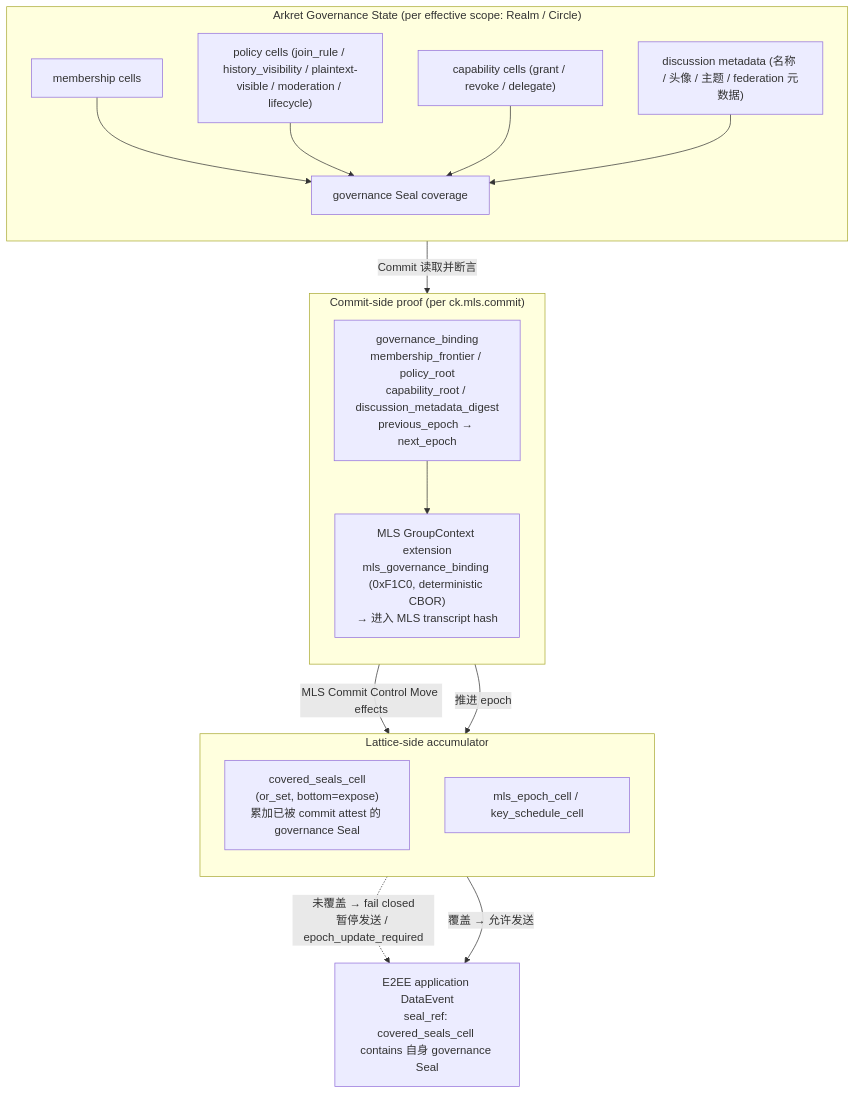
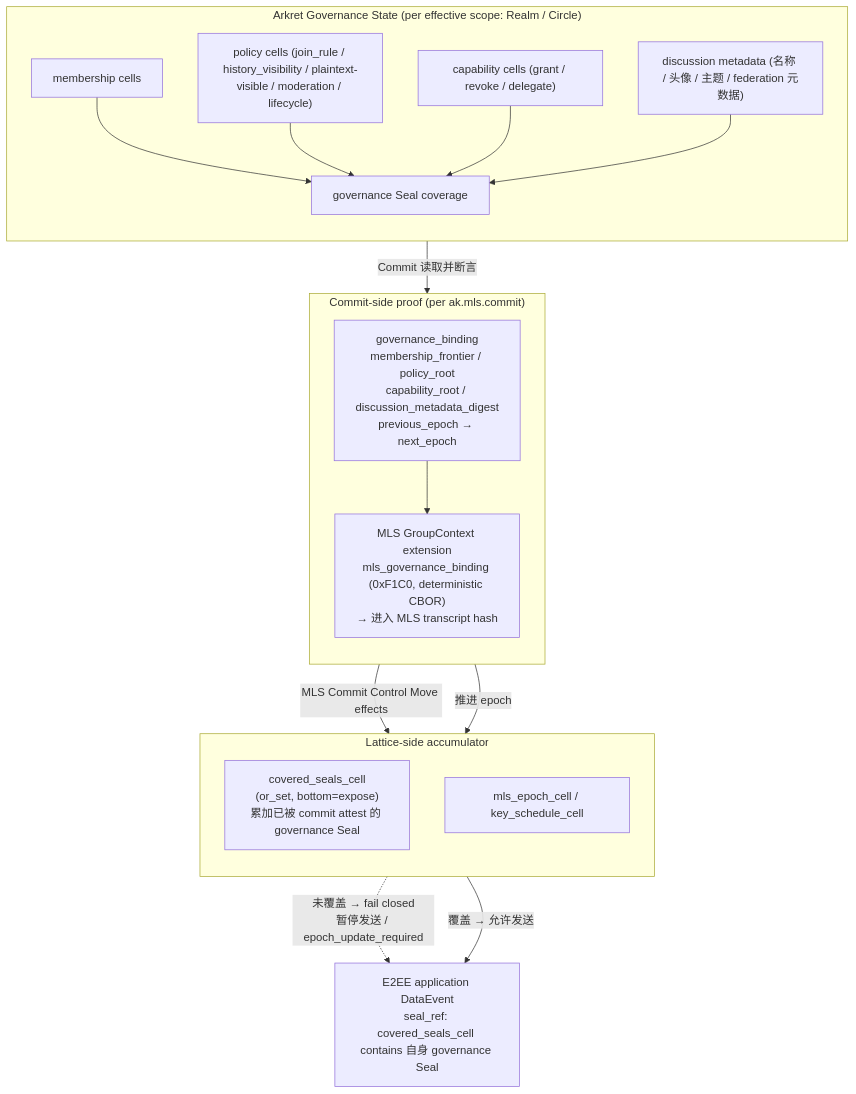
The second of 2 diagrams in spec/v1/zh/crypto-media/encryption-and-audit.md (arkret-org/arkret-spec), drawn with Mermaid before and after one commit. The commit also changed other lines of this file and 255 other files, not shown here.

````diff
--- a/spec/v1/zh/crypto-media/encryption-and-audit.md
+++ b/spec/v1/zh/crypto-media/encryption-and-audit.md
@@ -353,36 +353,36 @@
 ```mermaid
 flowchart TB
     subgraph GS ["Arkret Governance State (per effective scope: Realm / Circle)"]
         direction TB
         Memb["membership cells"]
         Pol["policy cells (join_rule / history_visibility / plaintext-visible / moderation / lifecycle)"]
         Cap["capability cells (grant / revoke / delegate)"]
         Disc["discussion metadata (名称 / 头像 / 主题 / federation 元数据)"]
         Anc["governance Seal coverage"]
         Memb --> Anc
         Pol --> Anc
         Cap --> Anc
         Disc --> Anc
     end
 
-    subgraph CS ["Commit-side proof (per ck.mls.commit)"]
+    subgraph CS ["Commit-side proof (per ak.mls.commit)"]
         direction TB
         GB["governance_binding<br/>membership_frontier / policy_root<br/>capability_root / discussion_metadata_digest<br/>previous_epoch → next_epoch"]
         Trans["MLS GroupContext extension<br/>mls_governance_binding (0xF1C0, deterministic CBOR)<br/>→ 进入 MLS transcript hash"]
         GB --> Trans
     end
 
     subgraph LS ["Lattice-side accumulator"]
         direction TB
         CFC["covered_seals_cell<br/>(or_set, bottom=expose)<br/>累加已被 commit attest 的 governance Seal"]
         EpC["mls_epoch_cell / key_schedule_cell"]
     end
 
     Anc -- "Commit 读取并断言" --> GB
     GB -- "MLS Commit Control Move effects" --> CFC
     GB -- "推进 epoch" --> EpC
 
     Msg["E2EE application DataEvent<br/>seal_ref: covered_seals_cell contains 自身 governance Seal"]
     CFC -. "未覆盖 → fail closed<br/>暂停发送 / epoch_update_required" .-> Msg
     CFC -- "覆盖 → 允许发送" --> Msg
 ```
````
